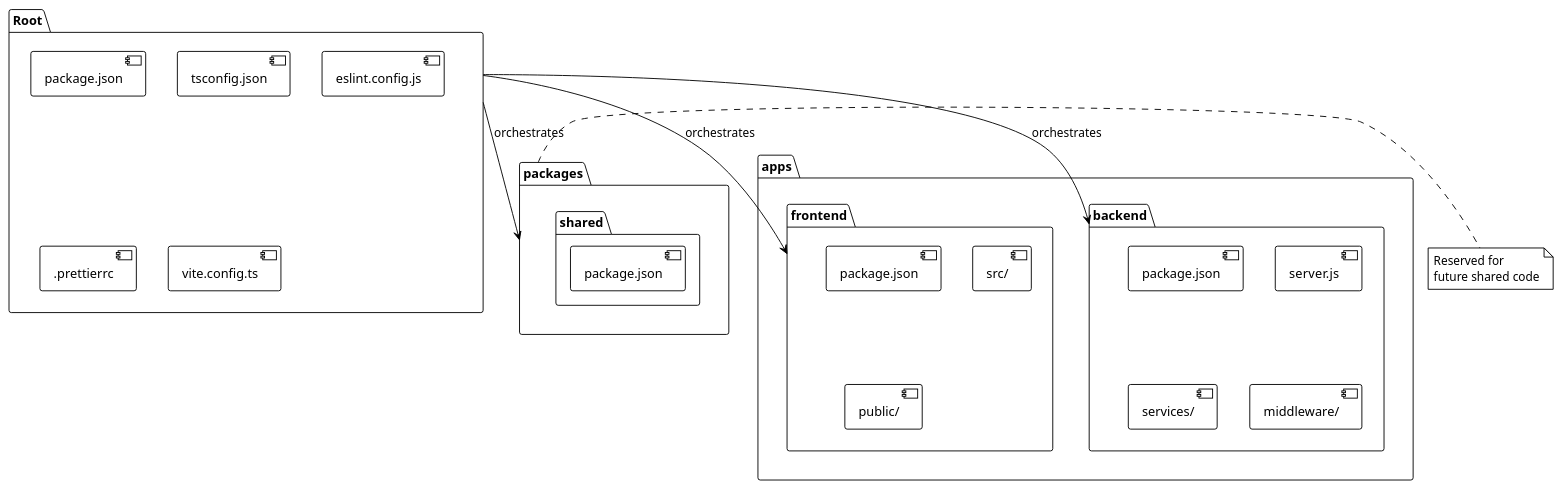
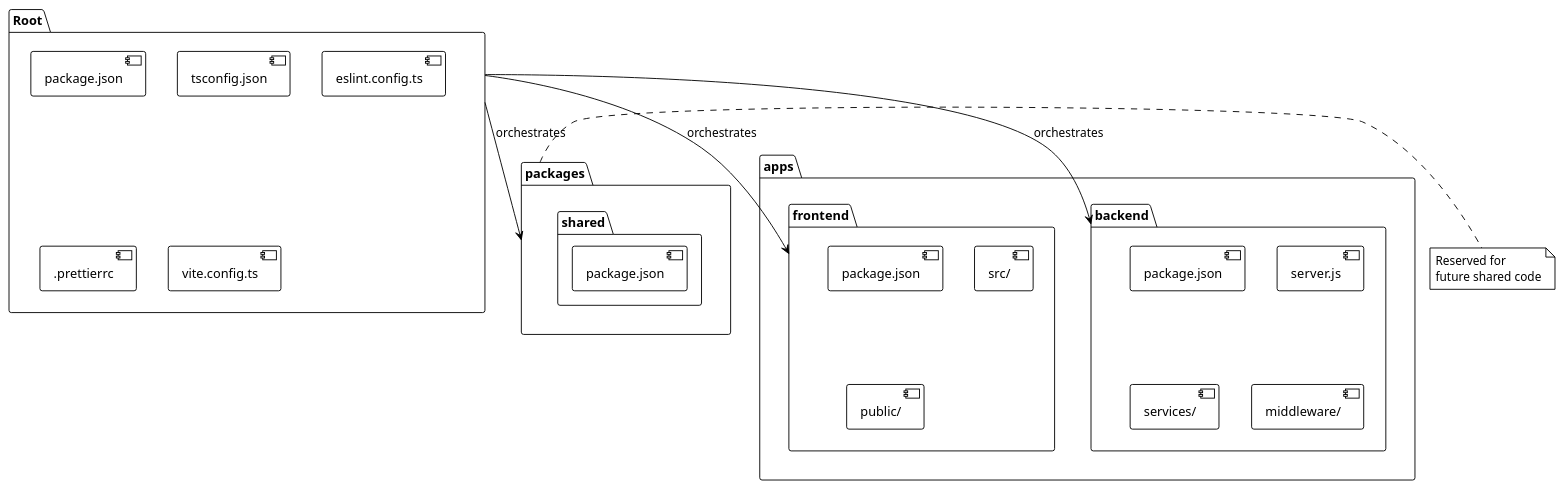
Before and after one commit to EraPartner/Watchman: the first of 3 diagrams in docs/adr/001-monorepo-npm-workspaces.md, drawn with PlantUML. The commit also changed 270 other files, not shown here.

````diff
--- a/docs/adr/001-monorepo-npm-workspaces.md
+++ b/docs/adr/001-monorepo-npm-workspaces.md
@@ -82,43 +82,43 @@
 ```plantuml
 @startuml
 !theme plain
 
 folder "Root" as Root {
     [package.json] as PKG
     [tsconfig.json] as TSC
-    [eslint.config.js] as ESLINT
+    [eslint.config.ts] as ESLINT
     [.prettierrc] as PRETTIER
     [vite.config.ts] as VITE
 }
 
 folder "apps" as Apps {
     folder "frontend" as FE {
         [package.json] as FE_PKG
         [src/] as FE_SRC
         [public/] as FE_PUB
     }
 
     folder "backend" as BE {
         [package.json] as BE_PKG
         [server.js] as BE_SERVER
         [services/] as BE_SVC
         [middleware/] as BE_MW
     }
 }
 
 folder "packages" as Pkg {
     folder "shared" as Shared {
         [package.json] as SH_PKG
     }
 }
 
 Root --> FE : orchestrates
 Root --> BE : orchestrates
 Root --> Pkg : orchestrates
 
 note right of Pkg
   Reserved for
   future shared code
 end note
 @enduml
 ```
````
